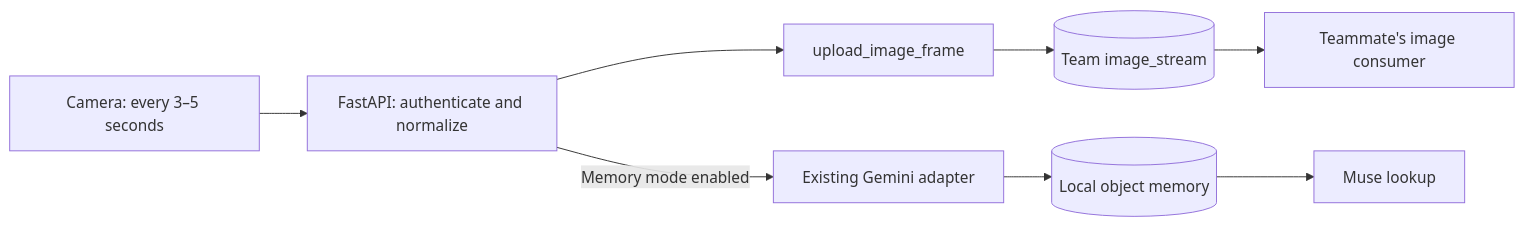
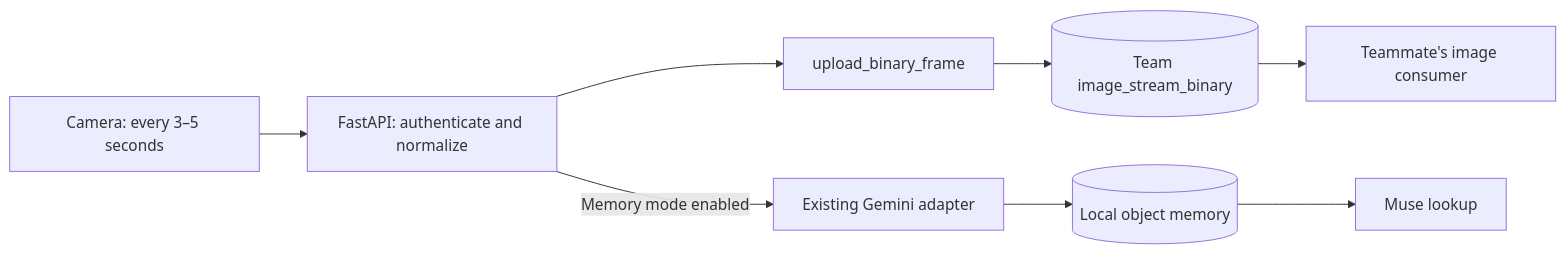
The diagram in docs/IMAGE_PIPELINE.md (preespp/CalHacks_Kyuran_Alex_Pree_Ohn), drawn with Mermaid before and after one commit. The commit also changed other lines of this file and 4 other files, not shown here.

Commit message:
Allow anonymous camera uploads and align API with binary frame contract

````diff
--- a/docs/IMAGE_PIPELINE.md
+++ b/docs/IMAGE_PIPELINE.md
@@ -5,10 +5,10 @@
 ```mermaid
 flowchart LR
   Phone[Camera: every 3–5 seconds] --> API[FastAPI: authenticate and normalize]
-  API --> Upload[upload_image_frame]
-  Upload --> Queue[(Team image_stream)]
+  API --> Upload[upload_binary_frame]
+  Upload --> Queue[(Team image_stream_binary)]
   Queue --> TeamWorker[Teammate's image consumer]
   API -->|Memory mode enabled| Gemini[Existing Gemini adapter]
   Gemini --> Memory[(Local object memory)]
   Memory --> Muse[Muse lookup]
 ```
````
